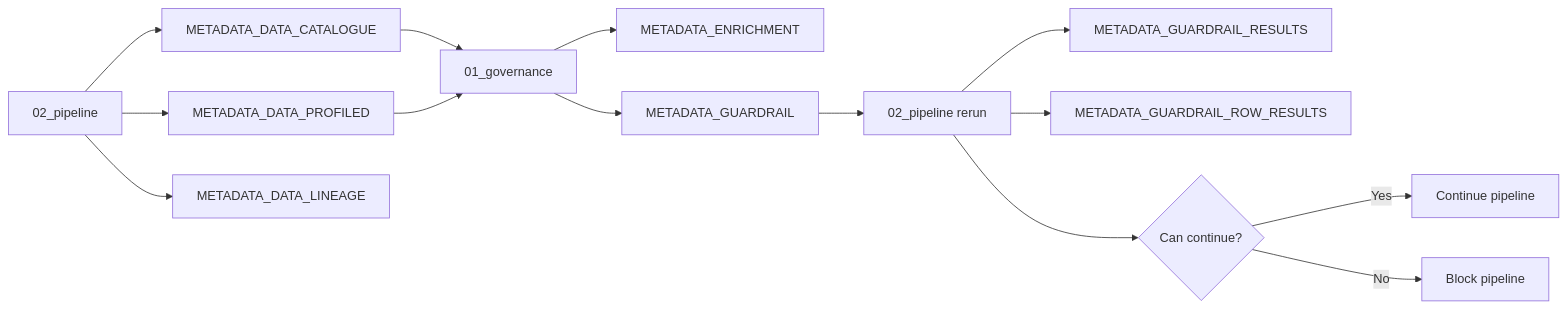
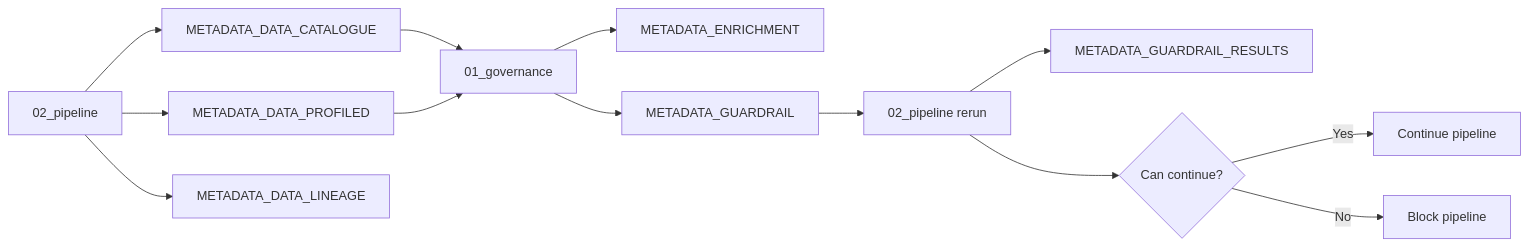
The diagram in docs/guided-demo/03-enrich-guardrails.md (Voycepeh/FabricOps-Starter-Kit), drawn with Mermaid before and after one commit. The commit also changed other lines of this file and 38 other files, not shown here.

````diff
--- a/docs/guided-demo/03-enrich-guardrails.md
+++ b/docs/guided-demo/03-enrich-guardrails.md
@@ -67,18 +66,17 @@
     ```mermaid
     flowchart LR
         PIPELINE["02_pipeline"] --> CATALOGUE["METADATA_DATA_CATALOGUE"]
         PIPELINE --> PROFILED["METADATA_DATA_PROFILED"]
         PIPELINE --> LINEAGE["METADATA_DATA_LINEAGE"]
 
         CATALOGUE --> GOV["01_governance"]
         PROFILED --> GOV
         GOV --> ENRICHMENT["METADATA_ENRICHMENT"]
         GOV --> GUARDRAIL["METADATA_GUARDRAIL"]
 
         GUARDRAIL --> RERUN["02_pipeline rerun"]
         RERUN --> RESULTS["METADATA_GUARDRAIL_RESULTS"]
-        RERUN --> ROWRESULTS["METADATA_GUARDRAIL_ROW_RESULTS"]
         RERUN --> DECISION{"Can continue?"}
         DECISION -->|Yes| CONTINUE["Continue pipeline"]
         DECISION -->|No| BLOCK["Block pipeline"]
     ```
````
